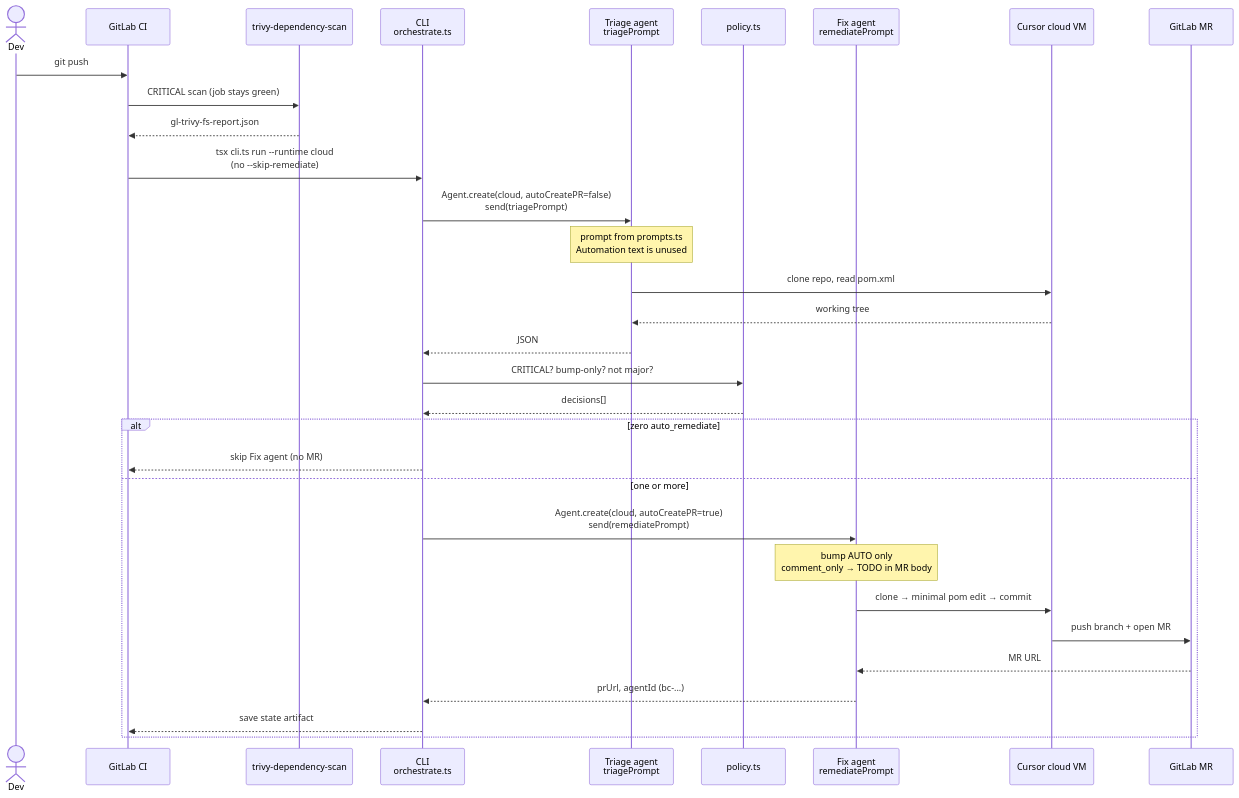
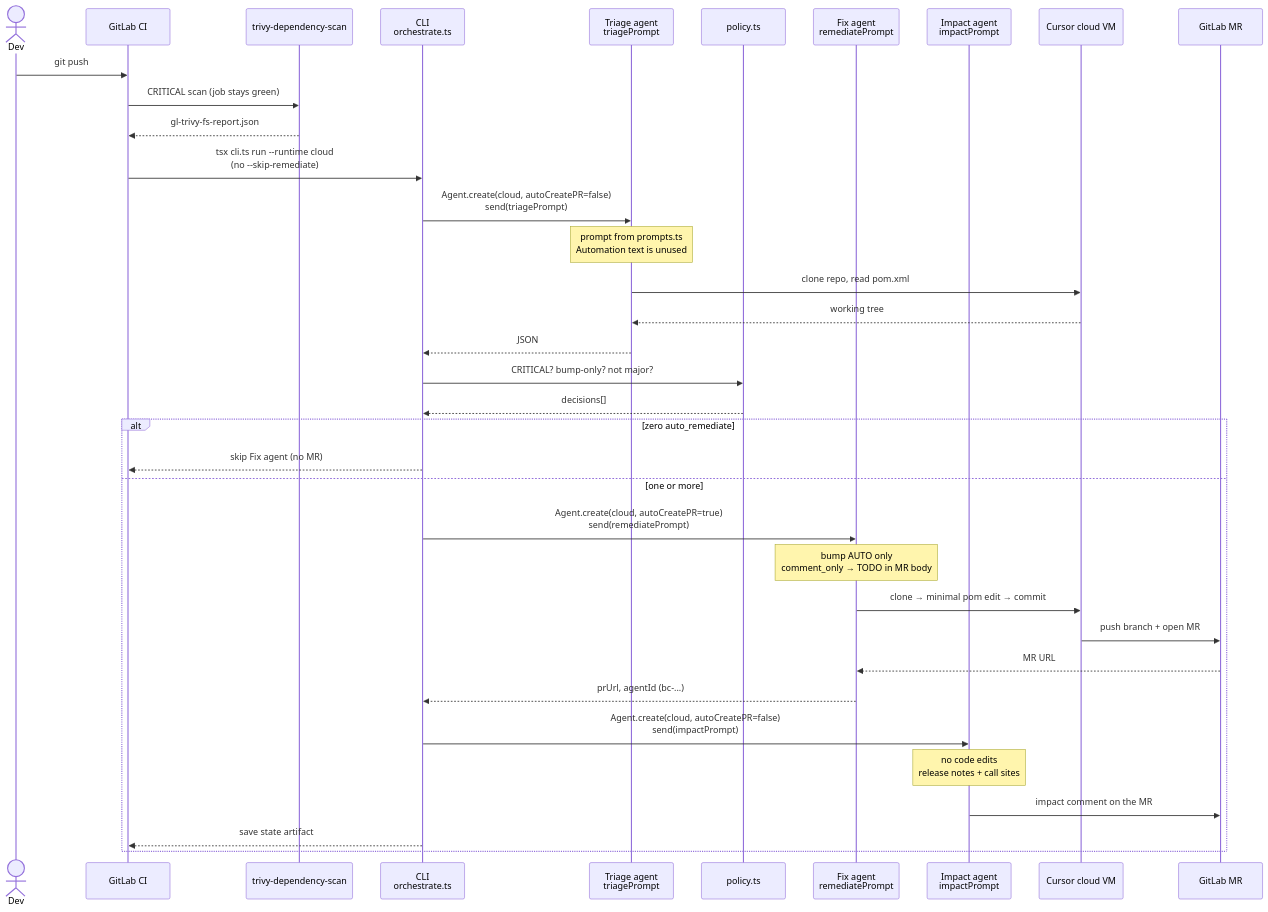
One commit to Acme-finance-demo/spring-petclinic-cursor changed the second of 5 diagrams in cursor-sdk/SEQUENCE.md. Above: the diagram before and after it, drawn with Mermaid. The commit also changed other lines of this file and 9 other files, not shown here.

First line of the commit message:
Add an impact-analysis agent after CVE remediations.

````diff
--- a/cursor-sdk/SEQUENCE.md
+++ b/cursor-sdk/SEQUENCE.md
@@ -72,39 +73,43 @@
 ```mermaid
 sequenceDiagram
     actor Dev
     participant GL as GitLab CI
     participant Scan as trivy-dependency-scan
     participant CLI as CLI<br/>orchestrate.ts
     participant Triage as Triage agent<br/>triagePrompt
     participant Policy as policy.ts
     participant Fix as Fix agent<br/>remediatePrompt
+    participant Impact as Impact agent<br/>impactPrompt
     participant Cursor as Cursor cloud VM
     participant GitLab as GitLab MR
 
     Dev->>GL: git push
     GL->>Scan: CRITICAL scan (job stays green)
     Scan-->>GL: gl-trivy-fs-report.json
 
     GL->>CLI: tsx cli.ts run --runtime cloud<br/>(no --skip-remediate)
 
     CLI->>Triage: Agent.create(cloud, autoCreatePR=false)<br/>send(triagePrompt)
     Note over Triage: prompt from prompts.ts<br/>Automation text is unused
     Triage->>Cursor: clone repo, read pom.xml
     Cursor-->>Triage: working tree
     Triage-->>CLI: JSON
 
     CLI->>Policy: CRITICAL? bump-only? not major?
     Policy-->>CLI: decisions[]
 
     alt zero auto_remediate
         CLI-->>GL: skip Fix agent (no MR)
     else one or more
         CLI->>Fix: Agent.create(cloud, autoCreatePR=true)<br/>send(remediatePrompt)
         Note over Fix: bump AUTO only<br/>comment_only → TODO in MR body
         Fix->>Cursor: clone → minimal pom edit → commit
         Cursor->>GitLab: push branch + open MR
         GitLab-->>Fix: MR URL
         Fix-->>CLI: prUrl, agentId (bc-...)
+        CLI->>Impact: Agent.create(cloud, autoCreatePR=false)<br/>send(impactPrompt)
+        Note over Impact: no code edits<br/>release notes + call sites
+        Impact->>GitLab: impact comment on the MR
         CLI-->>GL: save state artifact
     end
 ```
````
